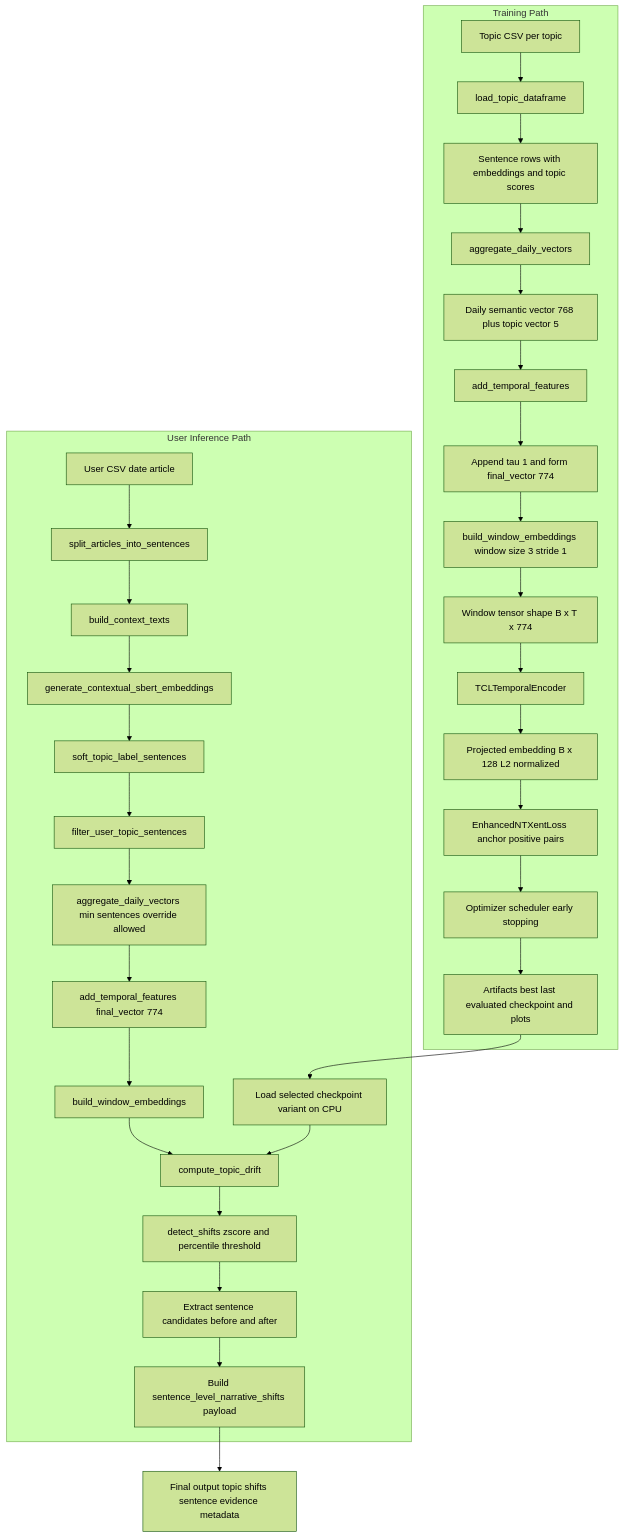
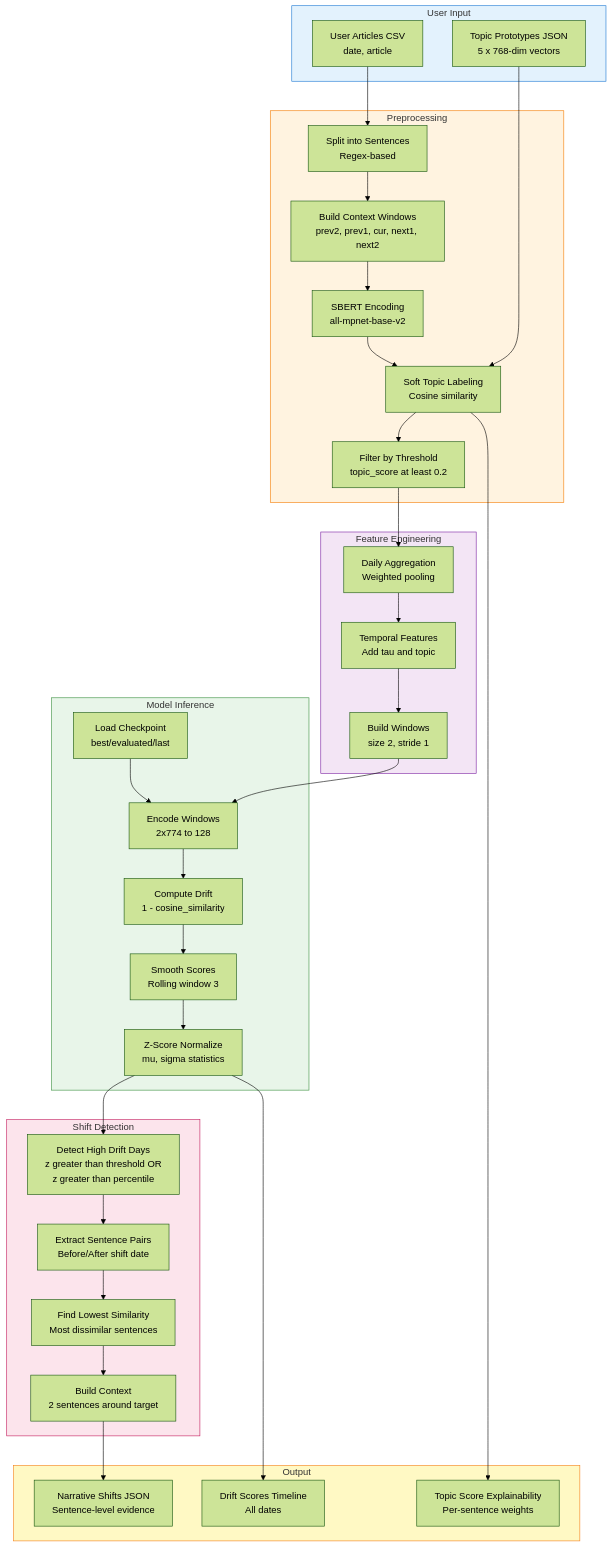
Before and after one commit to meet6868/Narrative-Shift-Detection: the seventh of 7 diagrams in TCL/docs/approach_1.md, drawn with Mermaid (forest theme). The commit also changed other lines of this file and 59 other files, not shown here.

Commit message:
All Md sync with code also added flowchart in each md

````diff
--- a/TCL/docs/approach_1.md
+++ b/TCL/docs/approach_1.md
@@ -130,37 +516,64 @@
 ```mermaid
-flowchart TD
-  subgraph T[Training Path]
-    A[Topic CSV per topic] --> B[load_topic_dataframe]
-    B --> C[Sentence rows with embeddings and topic scores]
-    C --> D[aggregate_daily_vectors]
-    D --> E[Daily semantic vector 768 plus topic vector 5]
-    E --> F[add_temporal_features]
-    F --> G[Append tau 1 and form final_vector 774]
-    G --> H[build_window_embeddings window size 3 stride 1]
-    H --> I[Window tensor shape B x T x 774]
-    I --> J[TCLTemporalEncoder]
-    J --> K[Projected embedding B x 128 L2 normalized]
-    K --> L[EnhancedNTXentLoss anchor positive pairs]
-    L --> M[Optimizer scheduler early stopping]
-    M --> N[Artifacts best last evaluated checkpoint and plots]
-  end
-
-  subgraph U[User Inference Path]
-    U0[User CSV date article] --> U1[split_articles_into_sentences]
-    U1 --> U2[build_context_texts]
-    U2 --> U3[generate_contextual_sbert_embeddings]
-    U3 --> U4[soft_topic_label_sentences]
-    U4 --> U5[filter_user_topic_sentences]
-    U5 --> U6[aggregate_daily_vectors min sentences override allowed]
-    U6 --> U7[add_temporal_features final_vector 774]
-    U7 --> U8[build_window_embeddings]
-    N --> U9[Load selected checkpoint variant on CPU]
-    U8 --> U10[compute_topic_drift]
-    U9 --> U10
-    U10 --> U11[detect_shifts zscore and percentile threshold]
-    U11 --> U12[Extract sentence candidates before and after]
-    U12 --> U13[Build sentence_level_narrative_shifts payload]
-  end
-
-  U13 --> Z[Final output topic shifts sentence evidence metadata]
+graph TD
+    subgraph Input[User Input]
+        I1[User Articles CSV<br/>date, article]
+        I2[Topic Prototypes JSON<br/>5 x 768-dim vectors]
+    end
+    subgraph Preprocessing[Preprocessing]
+        P1[Split into Sentences<br/>Regex-based]
+        P2[Build Context Windows<br/>prev2, prev1, cur, next1, next2]
+        P3[SBERT Encoding<br/>all-mpnet-base-v2]
+        P4[Soft Topic Labeling<br/>Cosine similarity]
+        P5[Filter by Threshold<br/>topic_score at least 0.2]
+    end
+    subgraph Feature_Eng[Feature Engineering]
+        F1[Daily Aggregation<br/>Weighted pooling]
+        F2[Temporal Features<br/>Add tau and topic]
+        F3[Build Windows<br/>size 2, stride 1]
+    end
+    subgraph Model_Inference[Model Inference]
+        M1[Load Checkpoint<br/>best/evaluated/last]
+        M2[Encode Windows<br/>2x774 to 128]
+        M3[Compute Drift<br/>1 - cosine_similarity]
+        M4[Smooth Scores<br/>Rolling window 3]
+        M5[Z-Score Normalize<br/>mu, sigma statistics]
+    end
+    subgraph Shift_Detection[Shift Detection]
+        S1[Detect High Drift Days<br/>z greater than threshold OR<br/>z greater than percentile]
+        S2[Extract Sentence Pairs<br/>Before/After shift date]
+        S3[Find Lowest Similarity<br/>Most dissimilar sentences]
+        S4[Build Context<br/>2 sentences around target]
+    end
+    subgraph Output[Output]
+        O1[Narrative Shifts JSON<br/>Sentence-level evidence]
+        O2[Topic Score Explainability<br/>Per-sentence weights]
+        O3[Drift Scores Timeline<br/>All dates]
+    end
+        I1 --> P1
+        I2 --> P4
+        P1 --> P2
+        P2 --> P3
+        P3 --> P4
+        P4 --> P5
+        P5 --> F1
+        F1 --> F2
+        F2 --> F3
+        F3 --> M2
+        M1 --> M2
+        M2 --> M3
+        M3 --> M4
+        M4 --> M5
+        M5 --> S1
+        S1 --> S2
+        S2 --> S3
+        S3 --> S4
+        S4 --> O1
+        P4 --> O2
+        M5 --> O3
+    style Input fill:#e3f2fd,stroke:#1976d2
+    style Preprocessing fill:#fff3e0,stroke:#f57c00
+    style Feature_Eng fill:#f3e5f5,stroke:#7b1fa2
+    style Model_Inference fill:#e8f5e9,stroke:#388e3c
+    style Shift_Detection fill:#fce4ec,stroke:#c2185b
+    style Output fill:#fff9c4,stroke:#f57f17
 ```
````
